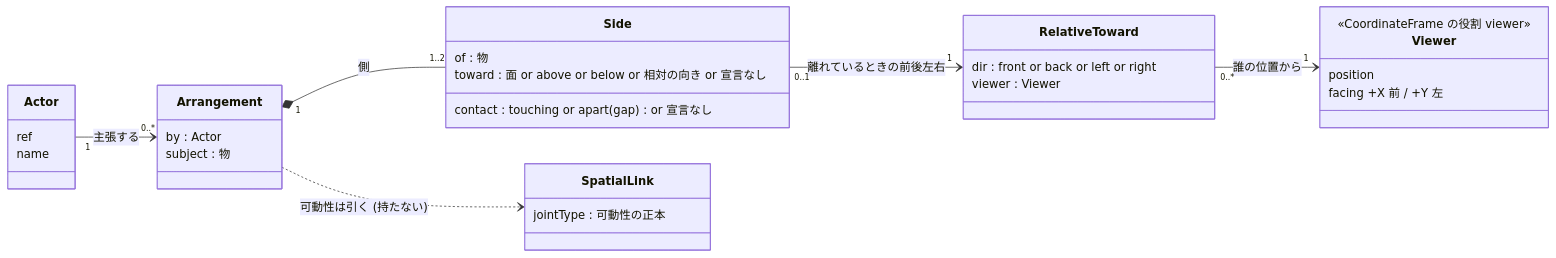
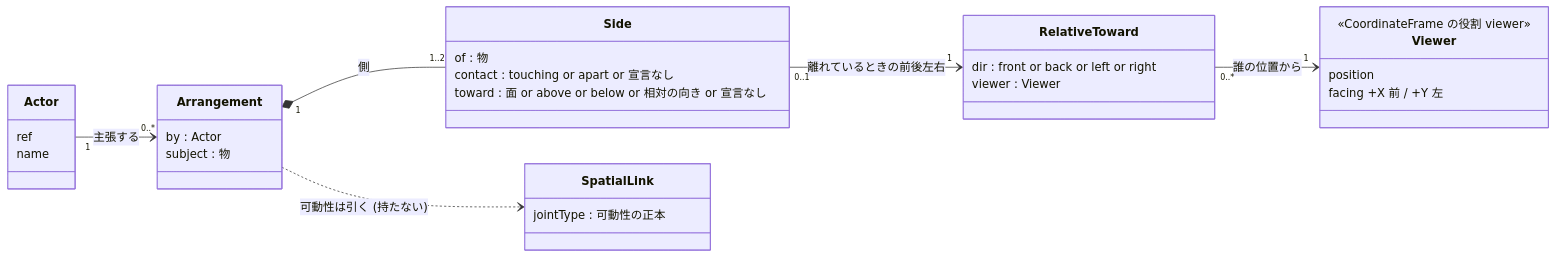
One commit to yuubae215/easy-extrude changed the first of 2 diagrams in docs/SPATIAL_RELATION_MODEL.md. Above: the diagram before and after it, drawn with Mermaid. The commit also changed other lines of this file and 40 other files, not shown here.

````diff
--- a/docs/SPATIAL_RELATION_MODEL.md
+++ b/docs/SPATIAL_RELATION_MODEL.md
@@ -17,34 +21,34 @@
 ```mermaid
 classDiagram
   direction LR
   class Actor {
     ref
     name
   }
   class Viewer {
     <<CoordinateFrame の役割 viewer>>
     position
     facing +X 前 / +Y 左
   }
   class Arrangement {
     by : Actor
     subject : 物
   }
   class Side {
     of : 物
-    contact : touching or apart(gap) or 宣言なし
+    contact : touching or apart or 宣言なし
     toward : 面 or above or below or 相対の向き or 宣言なし
   }
   class RelativeToward {
     dir : front or back or left or right
     viewer : Viewer
   }
   class SpatialLink {
     jointType : 可動性の正本
   }
   Actor "1" --> "0..*" Arrangement : 主張する
   Arrangement "1" *-- "1..2" Side : 側
   Side "0..1" --> "1" RelativeToward : 離れているときの前後左右
   RelativeToward "0..*" --> "1" Viewer : 誰の位置から
   Arrangement ..> SpatialLink : 可動性は引く (持たない)
 ```
````
